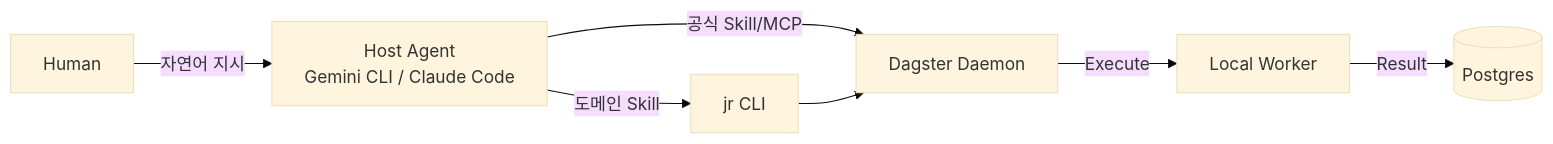
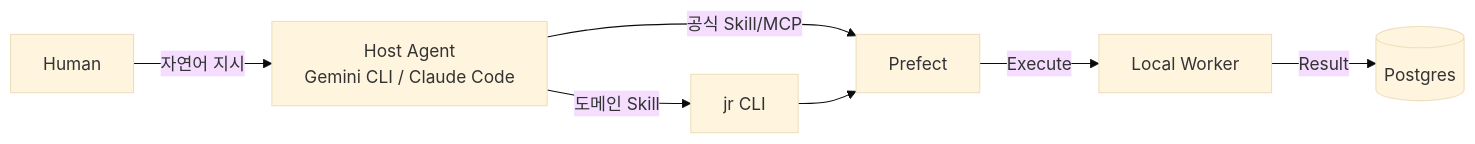
The first of 2 diagrams in docs/specification/PROJECT_REQUIREMENTS.md (mjkimR/jobrunner), drawn with Mermaid (base theme) before and after one commit. The commit also changed other lines of this file and 18 other files, not shown here.

Commit message:
feat: Initialize project with Docker setup, comprehensive database schema, and foundational modules for agents and tasks.

````diff
--- a/docs/specification/PROJECT_REQUIREMENTS.md
+++ b/docs/specification/PROJECT_REQUIREMENTS.md
@@ -266,9 +267,9 @@
 ```mermaid
 graph LR
     User[Human] -- "자연어 지시" --> HostAgent[Host Agent<br/>Gemini CLI / Claude Code]
-    HostAgent -- "공식 Skill/MCP" --> Dagster[Dagster Daemon]
+    HostAgent -- "공식 Skill/MCP" --> Prefect[Prefect]
     HostAgent -- "도메인 Skill" --> jrCLI[jr CLI]
-    jrCLI --> Dagster
-    Dagster -- "Execute" --> Worker[Local Worker]
+    jrCLI --> Prefect
+    Prefect -- "Execute" --> Worker[Local Worker]
     Worker -- "Result" --> DB[(Postgres)]
 ```
````
